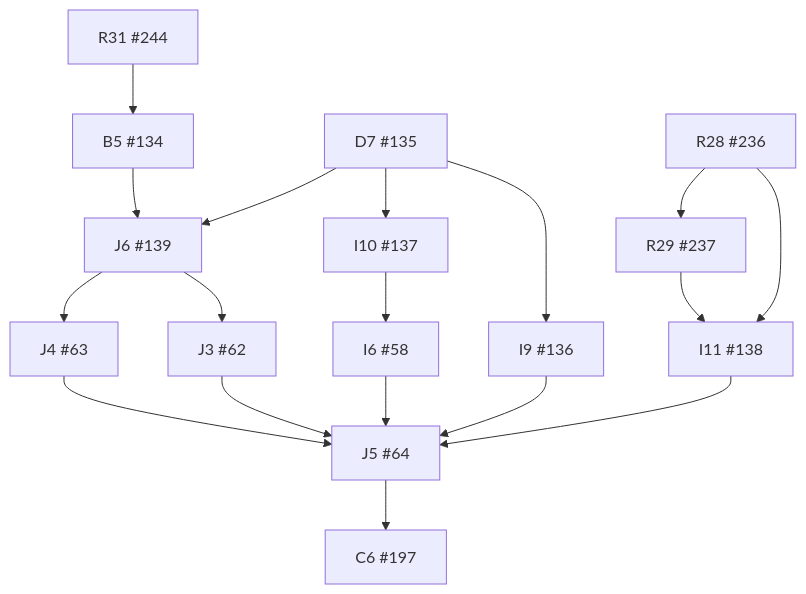
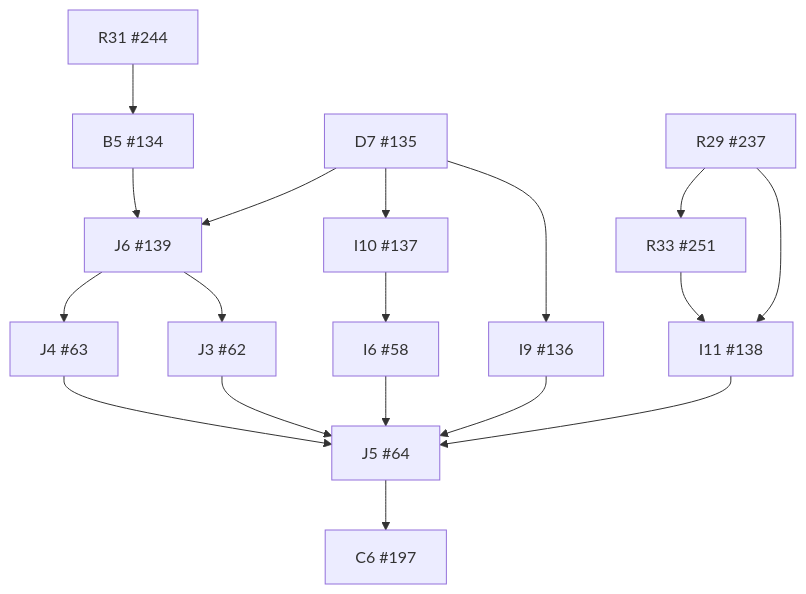
The diagram in docs/implementation/dependency-graph.md (wojtekpiskorz/kiero), drawn with Mermaid before and after one commit. The commit also changed other lines of this file and 7 other files, not shown here.

````diff
--- a/docs/implementation/dependency-graph.md
+++ b/docs/implementation/dependency-graph.md
@@ -9,34 +9,34 @@
 ```mermaid
 flowchart TD
   I6["I6 #58"]
   J3["J3 #62"]
   J4["J4 #63"]
   J5["J5 #64"]
   B5["B5 #134"]
   D7["D7 #135"]
   I9["I9 #136"]
   I10["I10 #137"]
   I11["I11 #138"]
   J6["J6 #139"]
   C6["C6 #197"]
-  R28["R28 #236"]
   R29["R29 #237"]
   R31["R31 #244"]
+  R33["R33 #251"]
   I10 --> I6
   J6 --> J3
   J6 --> J4
   I6 --> J5
   J3 --> J5
   J4 --> J5
   I9 --> J5
   I11 --> J5
   R31 --> B5
   D7 --> I9
   D7 --> I10
-  R28 --> I11
   R29 --> I11
+  R33 --> I11
   D7 --> J6
   B5 --> J6
   J5 --> C6
-  R28 --> R29
+  R29 --> R33
 ```
````
